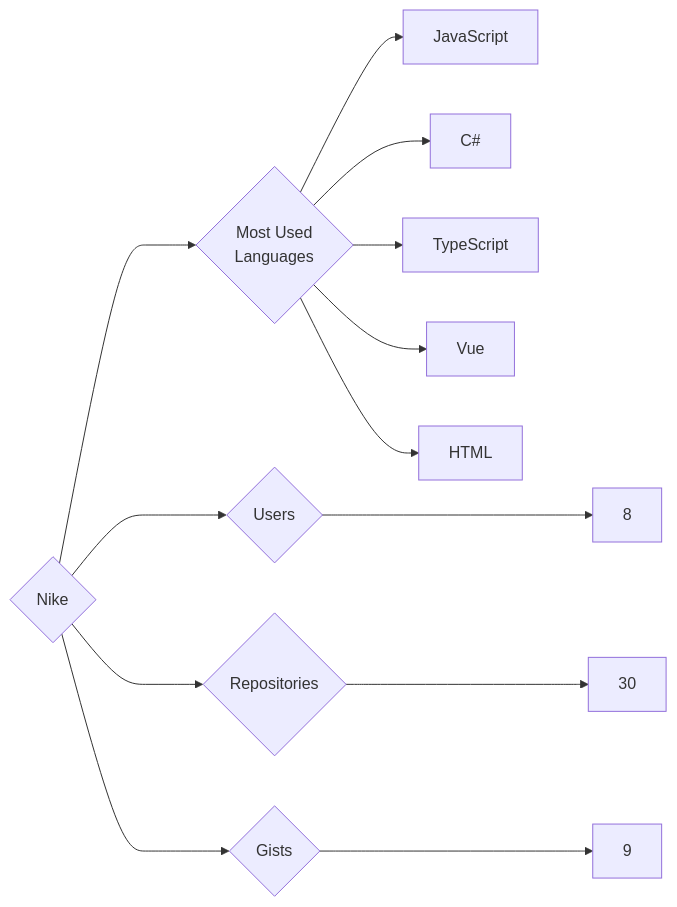
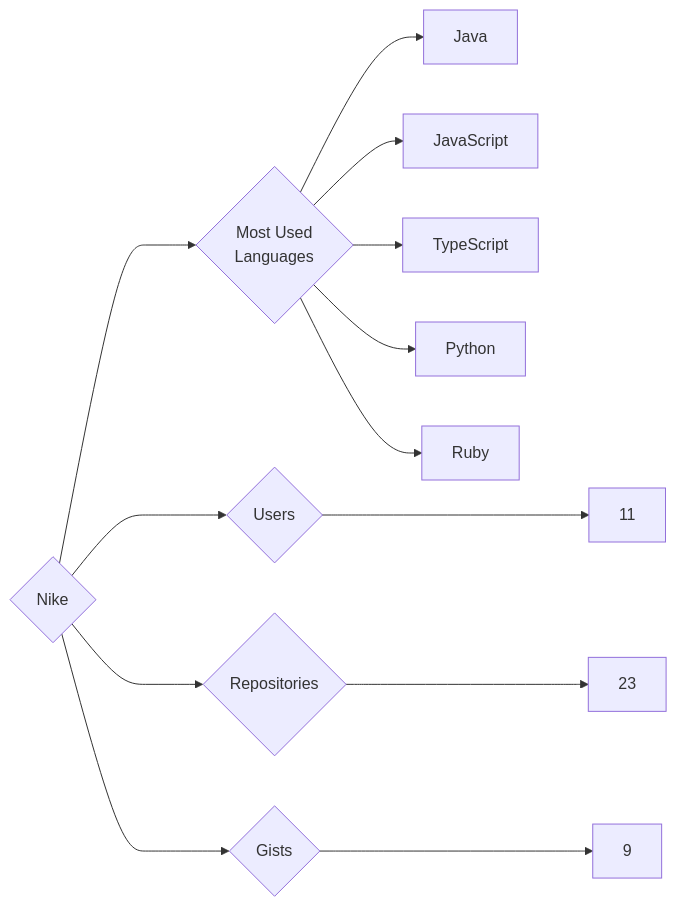
One commit to trickest/insiders changed the diagram in targets/Nike/README.md. Above: the diagram before and after it, drawn with Mermaid. The commit also changed 823 other files, not shown here.

````diff
--- a/targets/Nike/README.md
+++ b/targets/Nike/README.md
@@ -3,13 +3,13 @@
 ```mermaid
 graph LR
 COMPANY_NAME{Nike}
-COMPANY_NAME ---> U{Users} ---> UN[8]
-COMPANY_NAME ---> R{Repositories} ---> RN[30]
+COMPANY_NAME ---> U{Users} ---> UN[11]
+COMPANY_NAME ---> R{Repositories} ---> RN[23]
 COMPANY_NAME ---> G{Gists} ---> GN[9]
 COMPANY_NAME ---> ML{Most Used<br>Languages}
+ML --> Java[Java]
 ML --> JavaScript[JavaScript]
-ML --> C#[C#]
 ML --> TypeScript[TypeScript]
-ML --> Vue[Vue]
-ML --> HTML[HTML]
+ML --> Python[Python]
+ML --> Ruby[Ruby]
 ```
````
